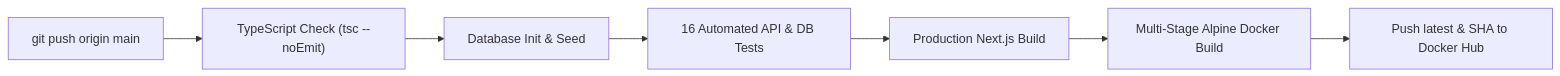
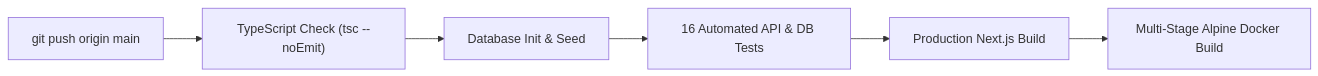
One commit to Aangi-Shah1234/roadmap.ai changed the second of 2 diagrams in README.md. Above: the diagram before and after it, drawn with Mermaid. The commit also changed other lines of this file, not shown here.

````diff
--- a/README.md
+++ b/README.md
@@ -85,9 +68,8 @@
 ```mermaid
 flowchart LR
     Push["git push origin main"] --> Typecheck["TypeScript Check (tsc --noEmit)"]
     Typecheck --> Seed["Database Init & Seed"]
     Seed --> Tests["16 Automated API & DB Tests"]
     Tests --> NextBuild["Production Next.js Build"]
     NextBuild --> DockerBuild["Multi-Stage Alpine Docker Build"]
-    DockerBuild --> Registry["Push latest & SHA to Docker Hub"]
 ```
````
